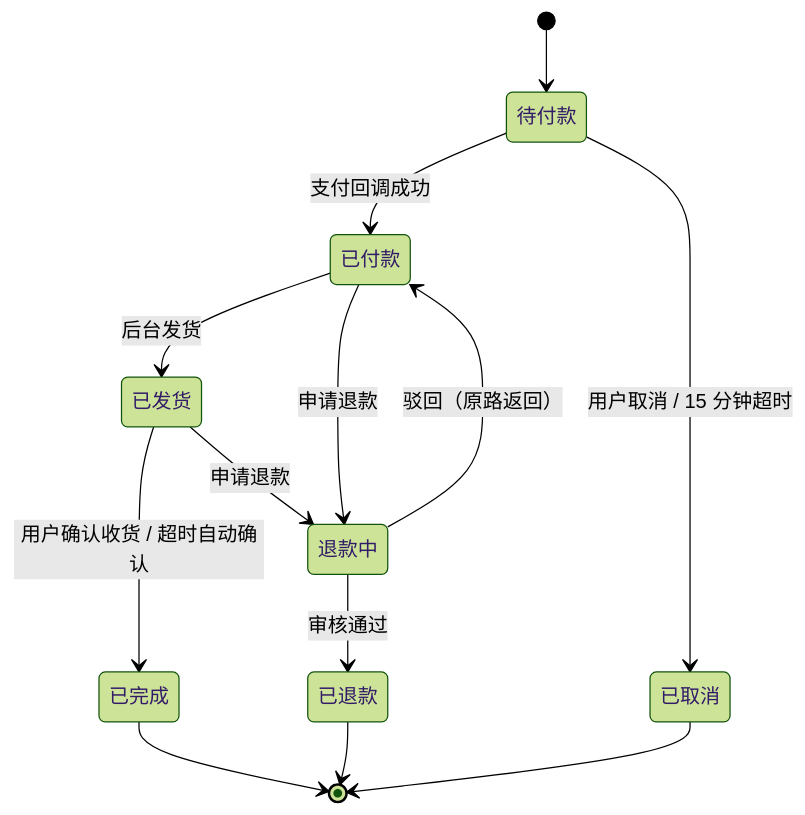
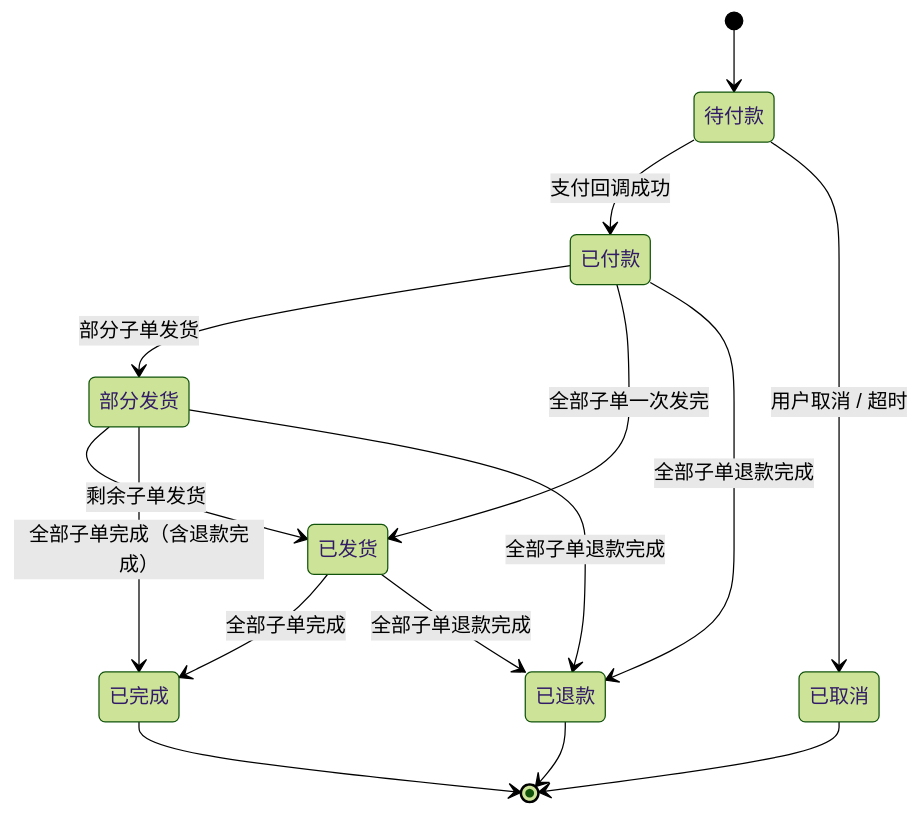
Before and after one commit to Serein47/KDShop: the first of 5 diagrams in docs/order-lifecycle.md, drawn with Mermaid (forest theme). The commit also changed other lines of this file and 8 other files, not shown here.

````diff
--- a/docs/order-lifecycle.md
+++ b/docs/order-lifecycle.md
@@ -7,23 +9,25 @@
 ```mermaid
 stateDiagram-v2
     [*] --> PENDING_PAYMENT
     PENDING_PAYMENT: 待付款
     PAID: 已付款
+    PARTIALLY_SHIPPED: 部分发货
     SHIPPED: 已发货
     COMPLETED: 已完成
-    REFUNDING: 退款中
+    CANCELLED: 已取消
     REFUNDED: 已退款
-    CANCELLED: 已取消
 
     PENDING_PAYMENT --> PAID : 支付回调成功
-    PENDING_PAYMENT --> CANCELLED : 用户取消 / 15 分钟超时
-    PAID --> SHIPPED : 后台发货
-    SHIPPED --> COMPLETED : 用户确认收货 / 超时自动确认
-    PAID --> REFUNDING : 申请退款
-    SHIPPED --> REFUNDING : 申请退款
-    REFUNDING --> REFUNDED : 审核通过
-    REFUNDING --> PAID : 驳回（原路返回）
+    PENDING_PAYMENT --> CANCELLED : 用户取消 / 超时
+    PAID --> PARTIALLY_SHIPPED : 部分子单发货
+    PAID --> SHIPPED : 全部子单一次发完
+    PARTIALLY_SHIPPED --> SHIPPED : 剩余子单发货
+    SHIPPED --> COMPLETED : 全部子单完成
+    PARTIALLY_SHIPPED --> COMPLETED : 全部子单完成（含退款完成）
+    PAID --> REFUNDED : 全部子单退款完成
+    PARTIALLY_SHIPPED --> REFUNDED : 全部子单退款完成
+    SHIPPED --> REFUNDED : 全部子单退款完成
     CANCELLED --> [*]
     COMPLETED --> [*]
     REFUNDED --> [*]
 ```
````
